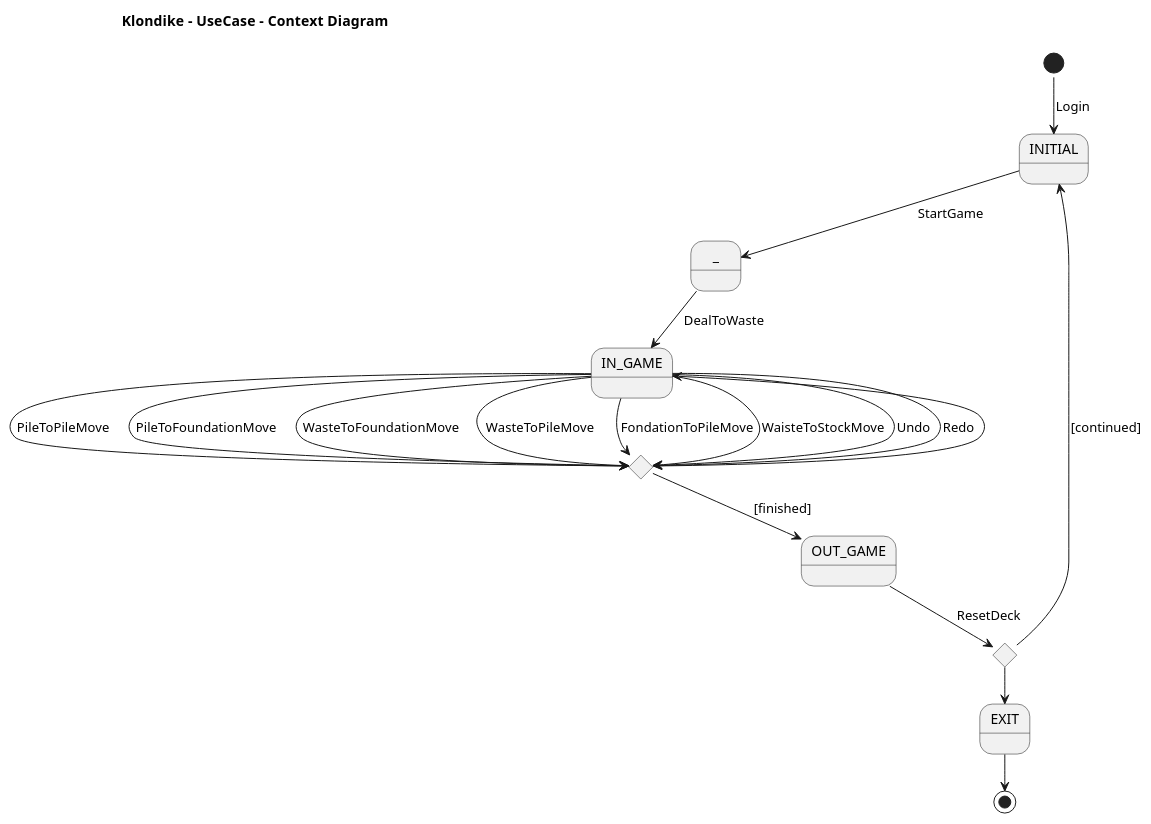
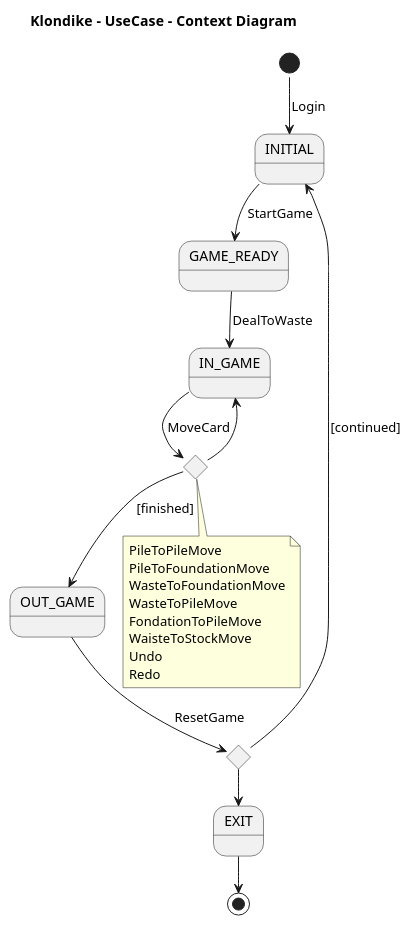
Before and after one commit to AngelOS95P/Maestria_IngSoftware_grupo6: the diagram in 2 Modelo de vistas de caso de uso/Diagrama de relacion de Casos de Uso.plantuml, drawn with PlantUML. The commit also changed 10 other files, not shown here.

```diff
--- a/2 Modelo de vistas de caso de uso/Diagrama de relacion de Casos de Uso.plantuml
+++ b/2 Modelo de vistas de caso de uso/Diagrama de relacion de Casos de Uso.plantuml
@@ -1,31 +1,31 @@
 @startuml UseCaseContextDiagram
 !pragma layout smetana
 title Klondike  - UseCase - Context Diagram
 
 state INITIAL
-state _
+state GAME_READY
 state IN_GAME
 state OUT_GAME
 state EXIT
 state if_finished <<choice>>
 state if_resumed <<choice>>
 
+
+note "PileToPileMove\nPileToFoundationMove\nWasteToFoundationMove\nWasteToPileMove\nFondationToPileMove\nWaisteToStockMove\nUndo\nRedo" as PNote
+
+
+if_finished --> PNote
 [*] --> INITIAL: Login
 
-INITIAL --> _: StartGame 
-_ --> IN_GAME: DealToWaste
-IN_GAME --> if_finished: PileToPileMove
-IN_GAME --> if_finished: PileToFoundationMove
-IN_GAME --> if_finished: WasteToFoundationMove
-IN_GAME --> if_finished: WasteToPileMove
-IN_GAME --> if_finished: FondationToPileMove
-IN_GAME --> if_finished: WaisteToStockMove
-IN_GAME --> if_finished: Undo
-IN_GAME --> if_finished: Redo
+INITIAL -->GAME_READY: StartGame 
+GAME_READY--> IN_GAME: DealToWaste
+IN_GAME --> if_finished: MoveCard 
 if_finished --> IN_GAME
 if_finished --> OUT_GAME: [finished]
-OUT_GAME --> if_resumed: ResetDeck
+OUT_GAME --> if_resumed: ResetGame
 if_resumed --> INITIAL: [continued]
 if_resumed --> EXIT
 EXIT --> [*]
+
+
 @enduml
```
